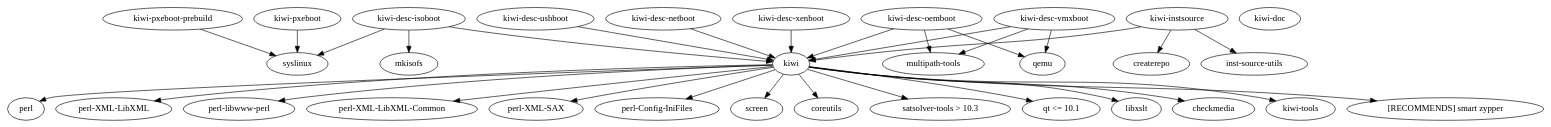
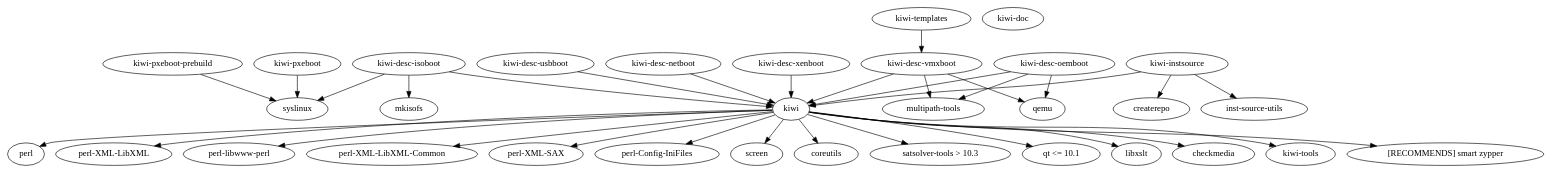
The diagram in .kiwi.dot (OSInside/kiwi-legacy), drawn with Graphviz before and after one commit. The commit also changed 4 other files, not shown here.

```diff
--- a/.kiwi.dot
+++ b/.kiwi.dot
@@ -1,44 +1,46 @@
 digraph kiwi {
 	"kiwi" -> "perl"
 	"kiwi" -> "perl-XML-LibXML"
 	"kiwi" -> "perl-libwww-perl"
 	"kiwi" -> "perl-XML-LibXML-Common"
 	"kiwi" -> "perl-XML-SAX"
 	"kiwi" -> "perl-Config-IniFiles"
 	"kiwi" -> "screen"
 	"kiwi" -> "coreutils"
 	"kiwi" -> "satsolver-tools > 10.3"
 	"kiwi" -> "qt <= 10.1"
 	"kiwi" -> "libxslt"
 	"kiwi" -> "checkmedia"
 	"kiwi" -> "kiwi-tools"
 	"kiwi" -> "[RECOMMENDS] smart zypper"
 
 	"kiwi-pxeboot" -> "syslinux"
 
 	"kiwi-pxeboot-prebuild" -> "syslinux"
 
 	"kiwi-desc-isoboot" -> "kiwi"
 	"kiwi-desc-isoboot" -> "syslinux"
 	"kiwi-desc-isoboot" -> "mkisofs"
 
 	"kiwi-desc-usbboot" -> "kiwi"
 
 	"kiwi-desc-vmxboot" -> "kiwi"
 	"kiwi-desc-vmxboot" -> "qemu"
 	"kiwi-desc-vmxboot" -> "multipath-tools"
 
 	"kiwi-desc-netboot" -> "kiwi"
 
 	"kiwi-desc-xenboot" -> "kiwi"
 
 	"kiwi-desc-oemboot" -> "kiwi"
 	"kiwi-desc-oemboot" -> "qemu"
 	"kiwi-desc-oemboot" -> "multipath-tools"
 
 	"kiwi-doc"
 
 	"kiwi-instsource" -> "kiwi"
 	"kiwi-instsource" -> "inst-source-utils"
 	"kiwi-instsource" -> "createrepo"
+
+	"kiwi-templates"  -> "kiwi-desc-vmxboot"
 }
```
